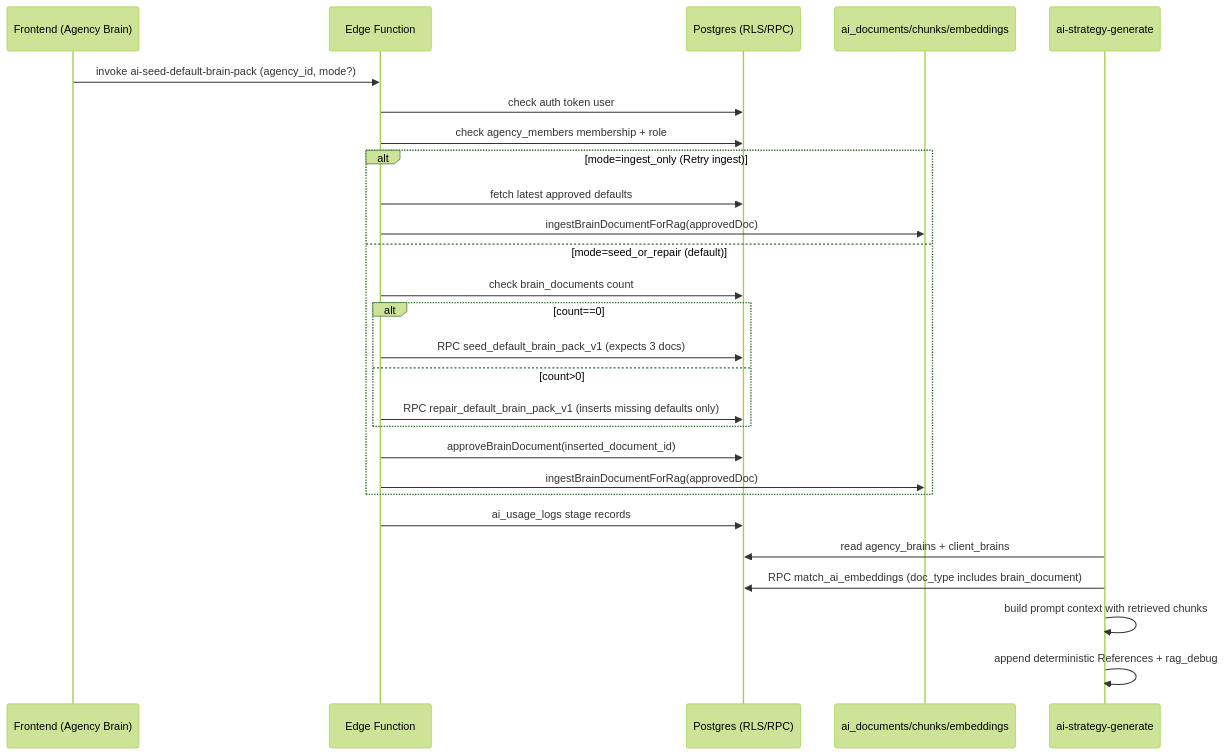
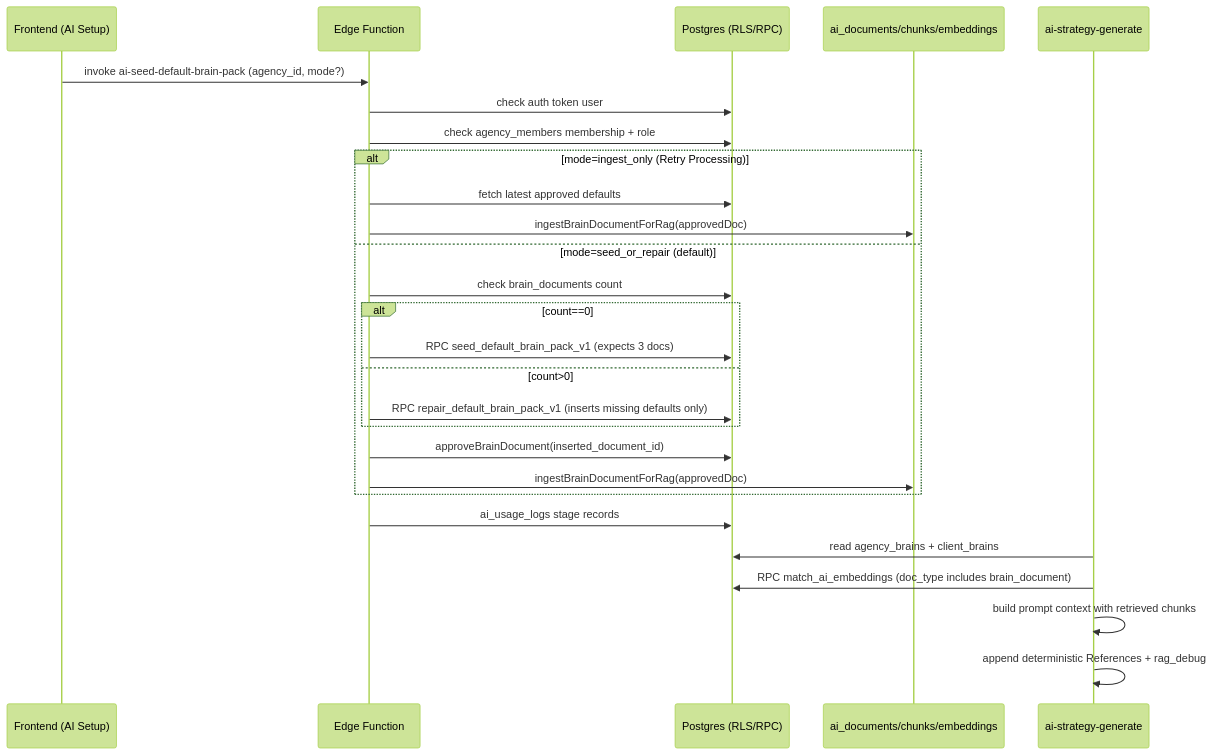
Before and after one commit to mariosdem2008/smma-hub-os: the diagram in docs/audit/DEFAULT_BRAIN_PACK_V1_ARCHITECTURE.md, drawn with Mermaid (forest theme). The commit also changed other lines of this file and 27 other files, not shown here.

Commit message:
feat(ai-setup): redesign agency brain UI

````diff
--- a/docs/audit/DEFAULT_BRAIN_PACK_V1_ARCHITECTURE.md
+++ b/docs/audit/DEFAULT_BRAIN_PACK_V1_ARCHITECTURE.md
@@ -31,30 +26,30 @@
 ```mermaid
 sequenceDiagram
-  participant UI as Frontend (Agency Brain)
+  participant UI as Frontend (AI Setup)
   participant Edge as Edge Function
   participant DB as Postgres (RLS/RPC)
   participant RAG as ai_documents/chunks/embeddings
   participant Strat as ai-strategy-generate
 
   UI->>Edge: invoke ai-seed-default-brain-pack (agency_id, mode?)
   Edge->>DB: check auth token user
   Edge->>DB: check agency_members membership + role
-  alt mode=ingest_only (Retry ingest)
+  alt mode=ingest_only (Retry Processing)
     Edge->>DB: fetch latest approved defaults
     Edge->>RAG: ingestBrainDocumentForRag(approvedDoc)
   else mode=seed_or_repair (default)
     Edge->>DB: check brain_documents count
     alt count==0
       Edge->>DB: RPC seed_default_brain_pack_v1 (expects 3 docs)
     else count>0
       Edge->>DB: RPC repair_default_brain_pack_v1 (inserts missing defaults only)
     end
     Edge->>DB: approveBrainDocument(inserted_document_id)
     Edge->>RAG: ingestBrainDocumentForRag(approvedDoc)
   end
   Edge->>DB: ai_usage_logs stage records
   Strat->>DB: read agency_brains + client_brains
   Strat->>DB: RPC match_ai_embeddings (doc_type includes brain_document)
   Strat->>Strat: build prompt context with retrieved chunks
   Strat->>Strat: append deterministic References + rag_debug
 ```
````
